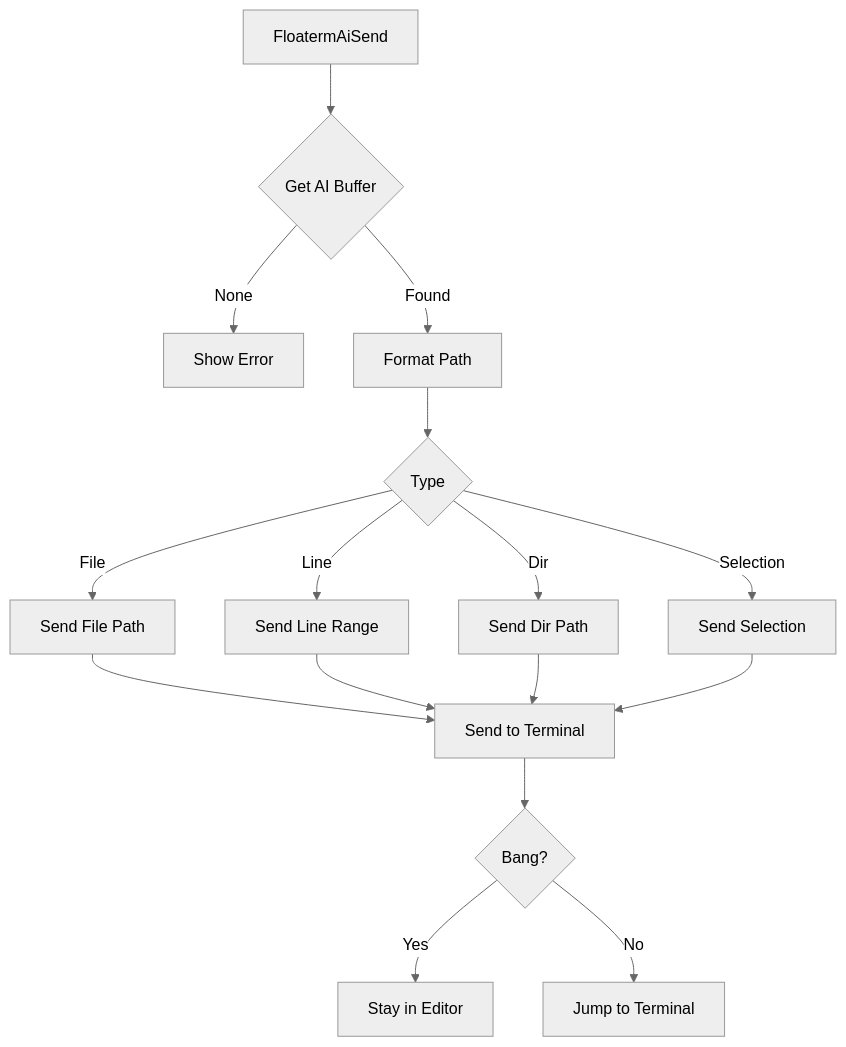
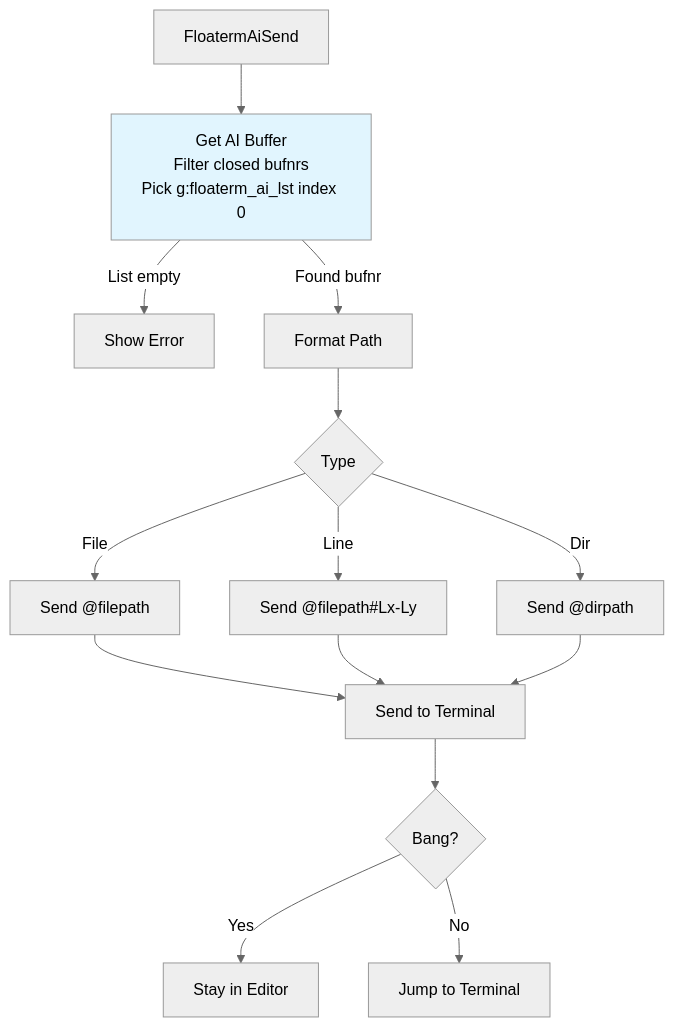
The second of 5 diagrams in README.md (leoatchina/vim-floaterm-enhance), drawn with Mermaid (neutral theme) before and after one commit. The commit also changed other lines of this file and 1 other file, not shown here.

First line of the commit message:
docs(README): add detailed buffer management and code block documentation

````diff
--- a/README.md
+++ b/README.md
@@ -103,18 +116,18 @@
 ```mermaid
 graph TB
-    Send[FloatermAiSend] --> GetBuf{Get AI Buffer}
-    GetBuf -->|None| Err2[Show Error]
-    GetBuf -->|Found| Format[Format Path]
+    Send[FloatermAiSend] --> GetBuf["Get AI Buffer<br/>Filter closed bufnrs<br/>Pick g:floaterm_ai_lst index 0"]
+    GetBuf -->|List empty| Err2[Show Error]
+    GetBuf -->|Found bufnr| Format[Format Path]
     Format --> Type{Type}
-    Type -->|File| SendFile[Send File Path]
-    Type -->|Line| SendRange[Send Line Range]
-    Type -->|Dir| SendDir[Send Dir Path]
-    Type -->|Selection| SendSel[Send Selection]
+    Type -->|File| SendFile["Send @filepath"]
+    Type -->|Line| SendRange["Send @filepath#Lx-Ly"]
+    Type -->|Dir| SendDir["Send @dirpath"]
     SendFile --> Term[Send to Terminal]
     SendRange --> Term
     SendDir --> Term
-    SendSel --> Term
     Term --> Stay{Bang?}
     Stay -->|Yes| StayEd[Stay in Editor]
     Stay -->|No| JumpTerm[Jump to Terminal]
+
+    style GetBuf fill:#e1f5fe
 ```
````
